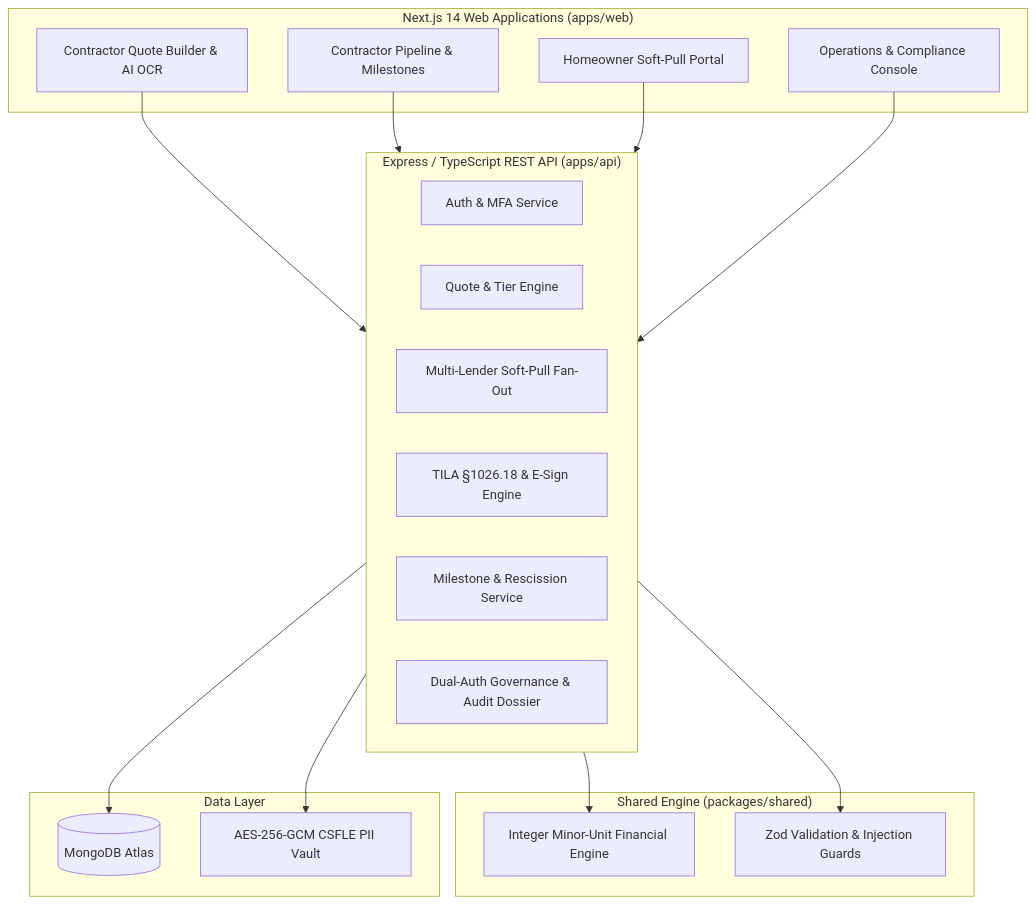
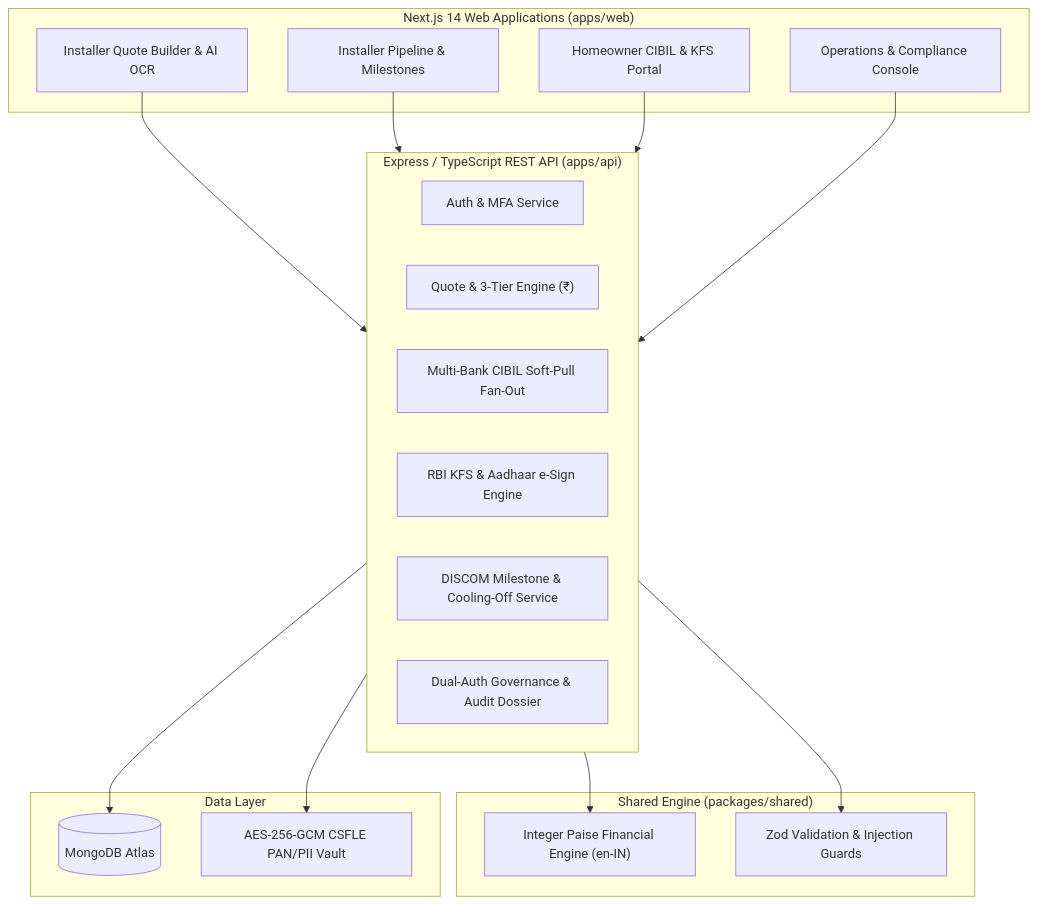
One commit to MohitMulik/GreenQuote changed the diagram in README.md. Above: the diagram before and after it, drawn with Mermaid. The commit also changed other lines of this file and 24 other files, not shown here.

````diff
--- a/README.md
+++ b/README.md
@@ -30,37 +33,37 @@
 ```mermaid
 flowchart TD
     subgraph Frontend ["Next.js 14 Web Applications (apps/web)"]
-        CB["Contractor Quote Builder & AI OCR"]
-        CP["Contractor Pipeline & Milestones"]
-        HP["Homeowner Soft-Pull Portal"]
+        CB["Installer Quote Builder & AI OCR"]
+        CP["Installer Pipeline & Milestones"]
+        HP["Homeowner CIBIL & KFS Portal"]
         OP["Operations & Compliance Console"]
     end
 
     subgraph API ["Express / TypeScript REST API (apps/api)"]
         AUTH["Auth & MFA Service"]
-        QUOTES["Quote & Tier Engine"]
-        PREQUAL["Multi-Lender Soft-Pull Fan-Out"]
-        ESIGN["TILA §1026.18 & E-Sign Engine"]
-        MLS["Milestone & Rescission Service"]
+        QUOTES["Quote & 3-Tier Engine (₹)"]
+        PREQUAL["Multi-Bank CIBIL Soft-Pull Fan-Out"]
+        ESIGN["RBI KFS & Aadhaar e-Sign Engine"]
+        MLS["DISCOM Milestone & Cooling-Off Service"]
         ADMIN["Dual-Auth Governance & Audit Dossier"]
     end
 
     subgraph Core ["Shared Engine (packages/shared)"]
-        CALC["Integer Minor-Unit Financial Engine"]
+        CALC["Integer Paise Financial Engine (en-IN)"]
         SCHEMAS["Zod Validation & Injection Guards"]
     end
 
     subgraph Storage ["Data Layer"]
         MONGO[("MongoDB Atlas")]
-        VAULT["AES-256-GCM CSFLE PII Vault"]
+        VAULT["AES-256-GCM CSFLE PAN/PII Vault"]
     end
 
     CB --> API
     CP --> API
     HP --> API
     OP --> API
     API --> CALC
     API --> SCHEMAS
     API --> MONGO
     API --> VAULT
 ```
````
